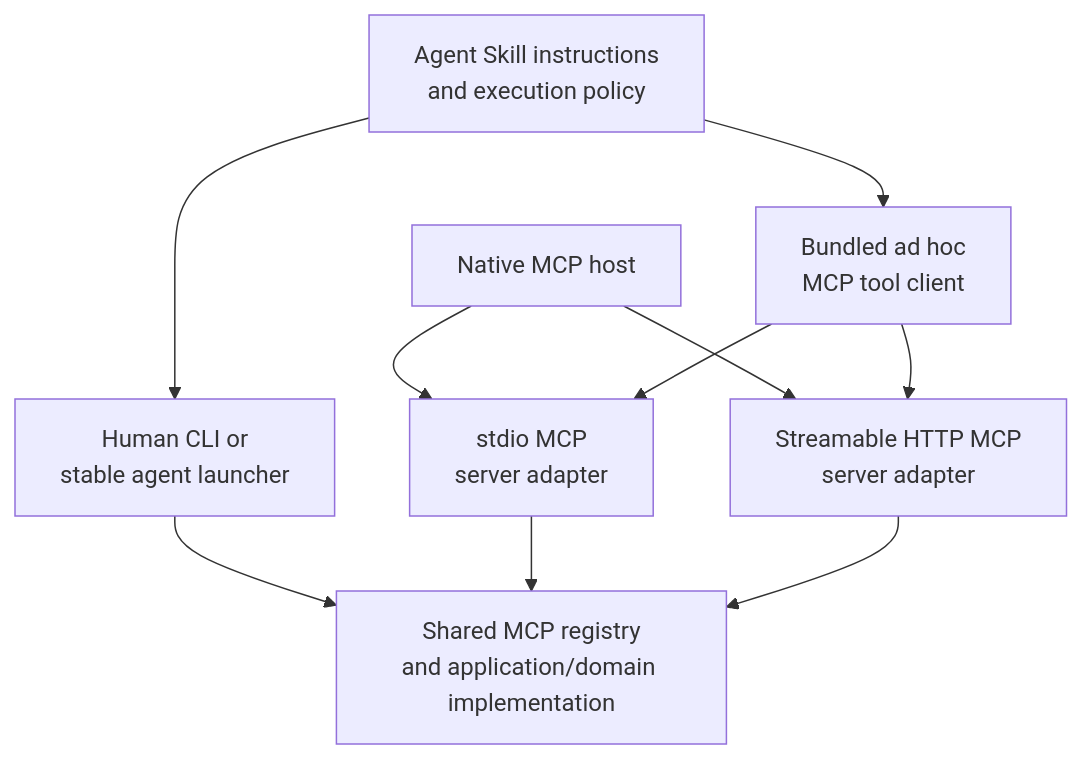
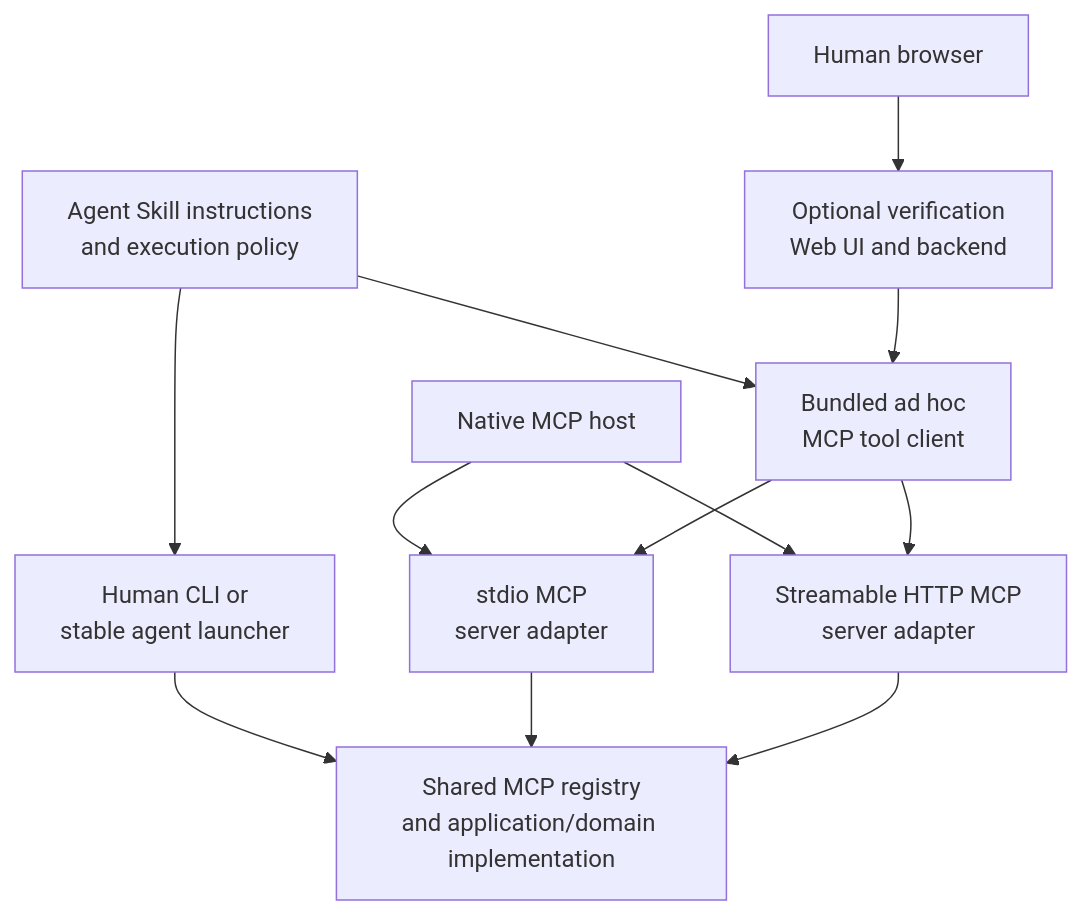
Before and after one commit to TakashiSasaki/templates: the diagram in README.md, drawn with Mermaid. The commit also changed other lines of this file, not shown here.

Commit message:
Document optional deployment-neutral verification web UI

````diff
--- a/README.md
+++ b/README.md
@@ -81,20 +83,24 @@
 ```mermaid
 flowchart TB
     policy["Agent Skill instructions<br/>and execution policy"]
+    browser["Human browser"]
+    web["Optional verification<br/>Web UI and backend"]
     cli["Human CLI or<br/>stable agent launcher"]
     client["Bundled ad hoc<br/>MCP tool client"]
     host["Native MCP host"]
     stdio["stdio MCP<br/>server adapter"]
     http["Streamable HTTP MCP<br/>server adapter"]
     shared["Shared MCP registry<br/>and application/domain implementation"]
 
     policy --> cli
     policy --> client
+    browser --> web
+    web --> client
     host --> stdio
     host --> http
     client --> stdio
     client --> http
     cli --> shared
     stdio --> shared
     http --> shared
 ```
````
